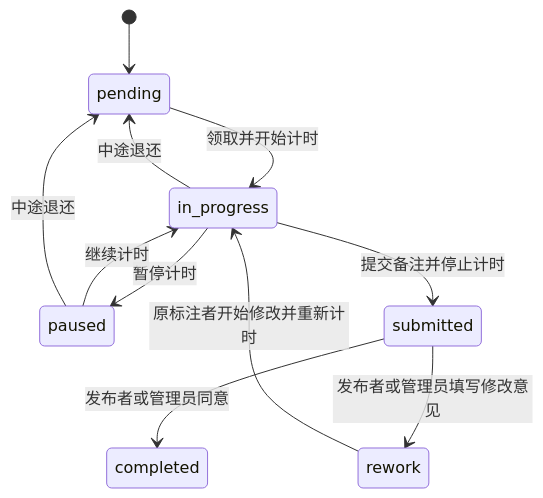
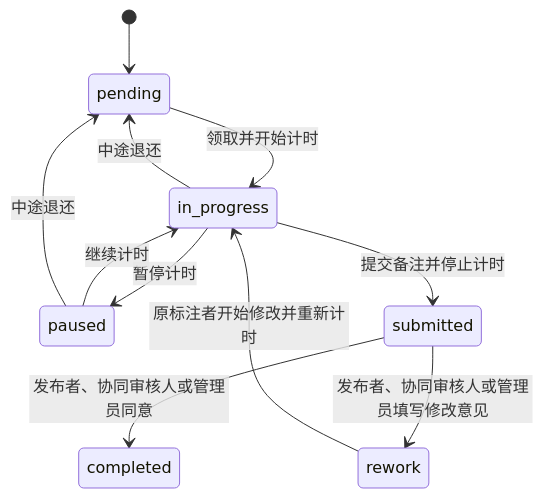
The first of 2 diagrams in docs/platform-capabilities.md (JasenZ2000/VideoAnnotate), drawn with Mermaid before and after one commit. The commit also changed other lines of this file and 7 other files, not shown here.

````diff
--- a/docs/platform-capabilities.md
+++ b/docs/platform-capabilities.md
@@ -65,13 +65,13 @@
 ```mermaid
 stateDiagram-v2
     [*] --> pending
     pending --> in_progress: 领取并开始计时
     in_progress --> paused: 暂停计时
     paused --> in_progress: 继续计时
     in_progress --> pending: 中途退还
     paused --> pending: 中途退还
     in_progress --> submitted: 提交备注并停止计时
-    submitted --> completed: 发布者或管理员同意
-    submitted --> rework: 发布者或管理员填写修改意见
+    submitted --> completed: 发布者、协同审核人或管理员同意
+    submitted --> rework: 发布者、协同审核人或管理员填写修改意见
     rework --> in_progress: 原标注者开始修改并重新计时
 ```
````
